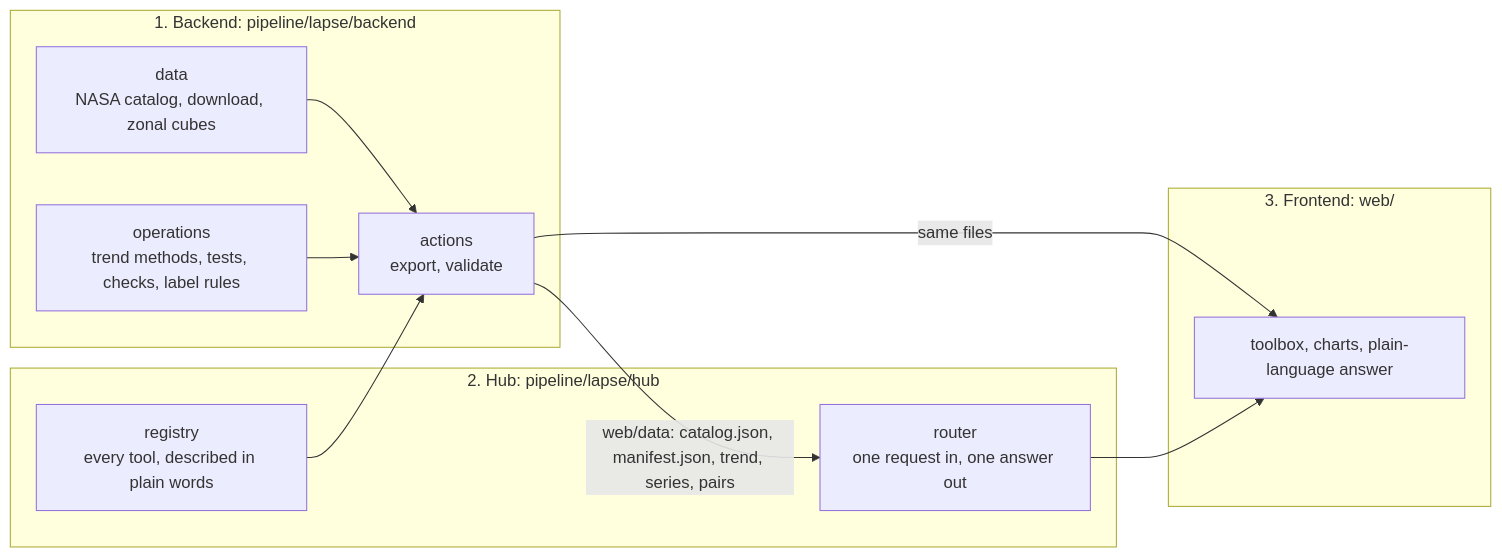
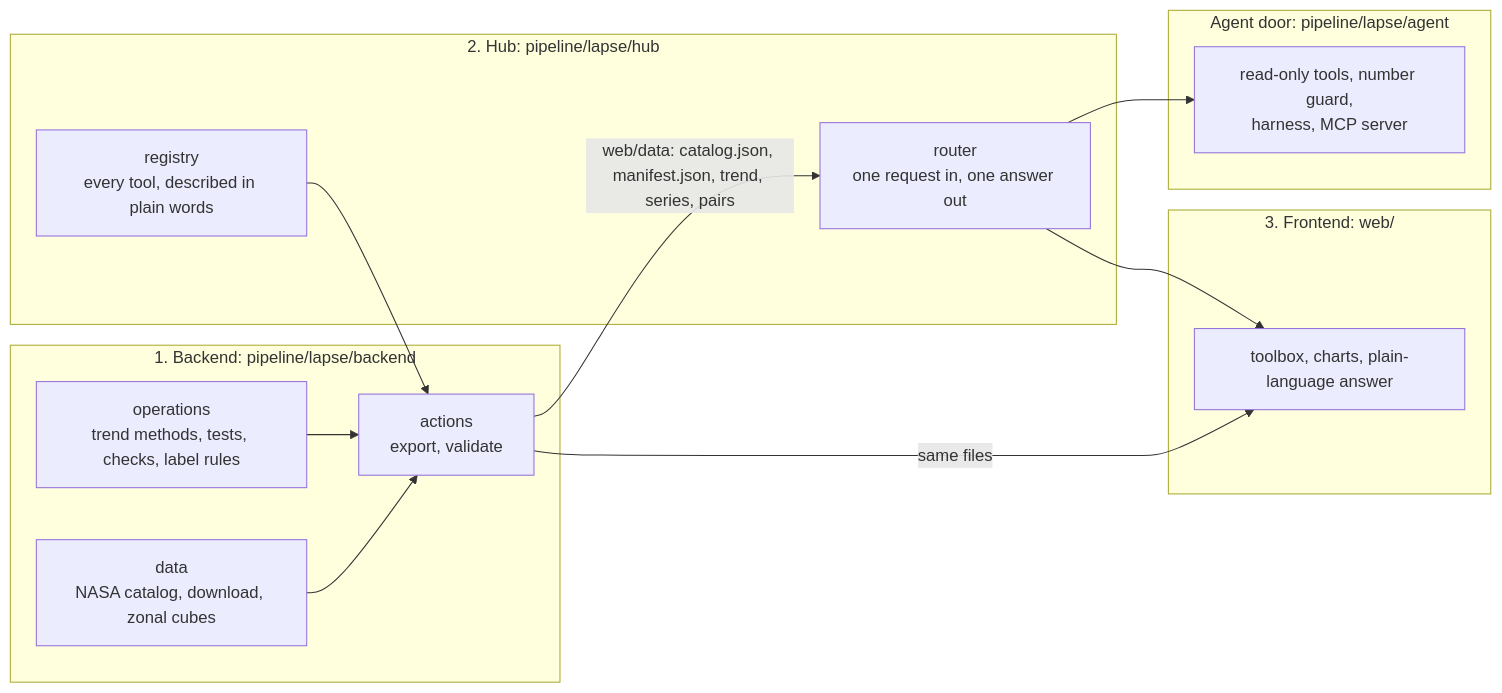
The diagram in docs/architecture.md (lazizbekravshanov/lapse), drawn with Mermaid before and after one commit. The commit also changed other lines of this file and 16 other files, not shown here.

First line of the commit message:
Agent: plain-language questions answered only from the NASA data

````diff
--- a/docs/architecture.md
+++ b/docs/architecture.md
@@ -5,21 +6,25 @@
 ```mermaid
 flowchart LR
   subgraph B["1. Backend: pipeline/lapse/backend"]
     D["data<br/>NASA catalog, download, zonal cubes"]
     O["operations<br/>trend methods, tests, checks, label rules"]
     A["actions<br/>export, validate"]
     D --> A
     O --> A
   end
   subgraph H["2. Hub: pipeline/lapse/hub"]
     R["registry<br/>every tool, described in plain words"]
     T["router<br/>one request in, one answer out"]
   end
   subgraph F["3. Frontend: web/"]
     U["toolbox, charts, plain-language answer"]
   end
+  subgraph G["Agent door: pipeline/lapse/agent"]
+    X["read-only tools, number guard,<br/>harness, MCP server"]
+  end
   R --> A
   A -->|"web/data: catalog.json, manifest.json, trend, series, pairs"| T
   A -->|"same files"| U
   T --> U
+  T --> X
 ```
````
